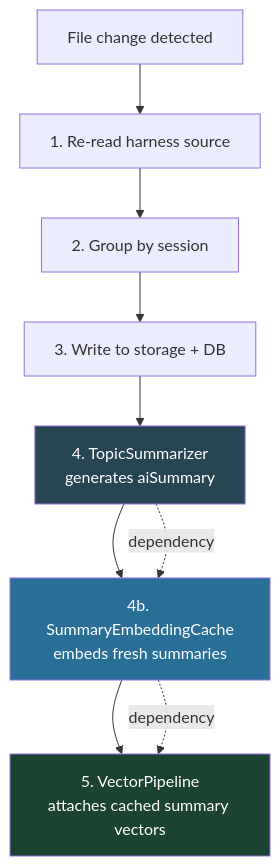
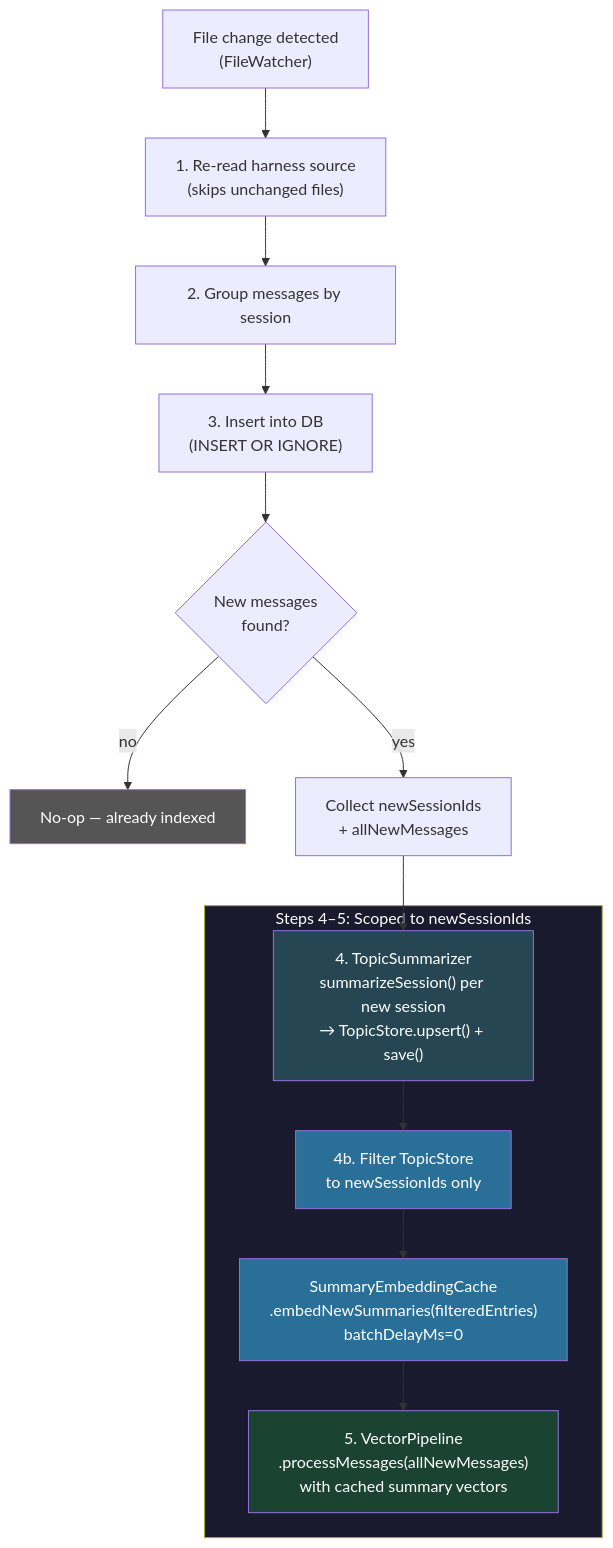
One commit to Kyliathy/context-core changed diagram 15 of 17 in server/zz-reach2/architecture/search/archi-qdrant.md. Above: the diagram before and after it, drawn with Mermaid. The commit also changed other lines of this file and 14 other files, not shown here.

Commit message:
feat: creating/editing scopes now happens in a modal fix: topic embeddings should not be fetched when Qdrant is  disabled. chore: cache dir rename

````diff
--- a/server/zz-reach2/architecture/search/archi-qdrant.md
+++ b/server/zz-reach2/architecture/search/archi-qdrant.md
@@ -890,17 +918,26 @@
 ```mermaid
 flowchart TD
-    CHANGE["File change detected"] --> READ["1. Re-read harness source"]
-    READ --> GROUP["2. Group by session"]
-    GROUP --> WRITE["3. Write to storage + DB"]
+    CHANGE["File change detected<br/>(FileWatcher)"] --> READ["1. Re-read harness source<br/>(skips unchanged files)"]
+    READ --> GROUP["2. Group messages by session"]
+    GROUP --> WRITE["3. Insert into DB<br/>(INSERT OR IGNORE)"]
 
-    WRITE --> SUMMARIZE["4. TopicSummarizer<br/>generates aiSummary"]
-    SUMMARIZE --> EMBED_SUMMARY["4b. SummaryEmbeddingCache<br/>embeds fresh summaries"]
-    EMBED_SUMMARY --> VECTOR["5. VectorPipeline<br/>attaches cached summary vectors"]
+    WRITE --> COUNT{"New messages<br/>found?"}
+    COUNT -->|"no"| DONE["No-op — already indexed"]
+    COUNT -->|"yes"| COLLECT["Collect newSessionIds<br/>+ allNewMessages"]
 
-    SUMMARIZE -.->|"dependency"| EMBED_SUMMARY
-    EMBED_SUMMARY -.->|"dependency"| VECTOR
+    COLLECT --> SUMMARIZE
 
+    subgraph Scoped["Steps 4–5: Scoped to newSessionIds"]
+        SUMMARIZE["4. TopicSummarizer<br/>summarizeSession() per new session<br/>→ TopicStore.upsert() + save()"]
+        SUMMARIZE --> FILTER["4b. Filter TopicStore<br/>to newSessionIds only"]
+        FILTER --> EMBED["SummaryEmbeddingCache<br/>.embedNewSummaries(filteredEntries)<br/>batchDelayMs=0"]
+        EMBED --> VECTOR["5. VectorPipeline<br/>.processMessages(allNewMessages)<br/>with cached summary vectors"]
+    end
+
+    style Scoped fill:#1a1a2e,color:#fff
     style SUMMARIZE fill:#264653,color:#fff
-    style EMBED_SUMMARY fill:#2a6f97,color:#fff
+    style FILTER fill:#2a6f97,color:#fff
+    style EMBED fill:#2a6f97,color:#fff
     style VECTOR fill:#1b4332,color:#fff
+    style DONE fill:#555,color:#fff
 ```
````
